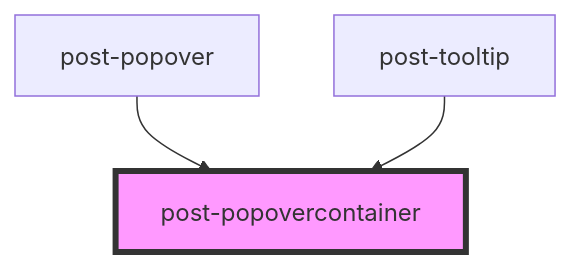
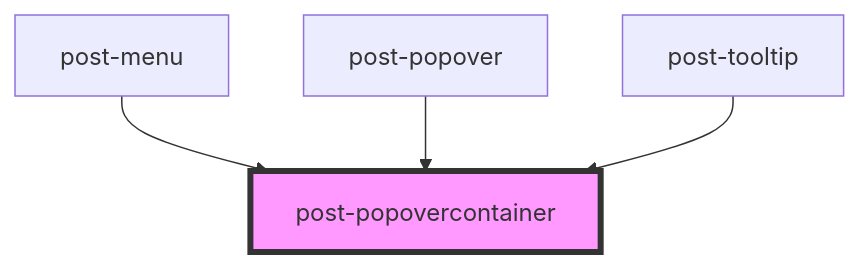
Before and after one commit to swisspost/design-system: the diagram in packages/components/src/components/post-popovercontainer/readme.md, drawn with Mermaid. The commit also changed other lines of this file, not shown here.

Commit message:
chore(component): autogenerated files were added

````diff
--- a/packages/components/src/components/post-popovercontainer/readme.md
+++ b/packages/components/src/components/post-popovercontainer/readme.md
@@ -84,6 +85,7 @@
 ```mermaid
 graph TD;
+  post-menu --> post-popovercontainer
   post-popover --> post-popovercontainer
   post-tooltip --> post-popovercontainer
   style post-popovercontainer fill:#f9f,stroke:#333,stroke-width:4px
 ```
````
